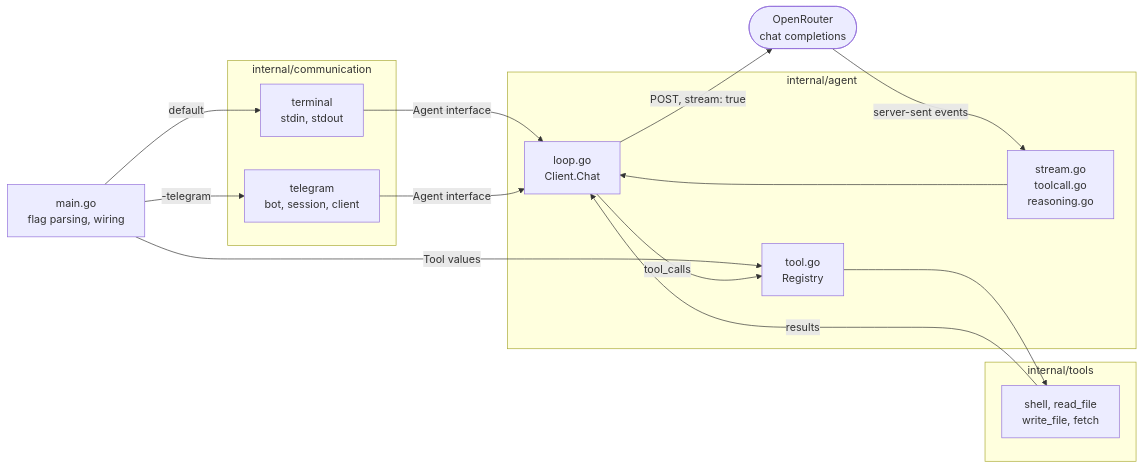
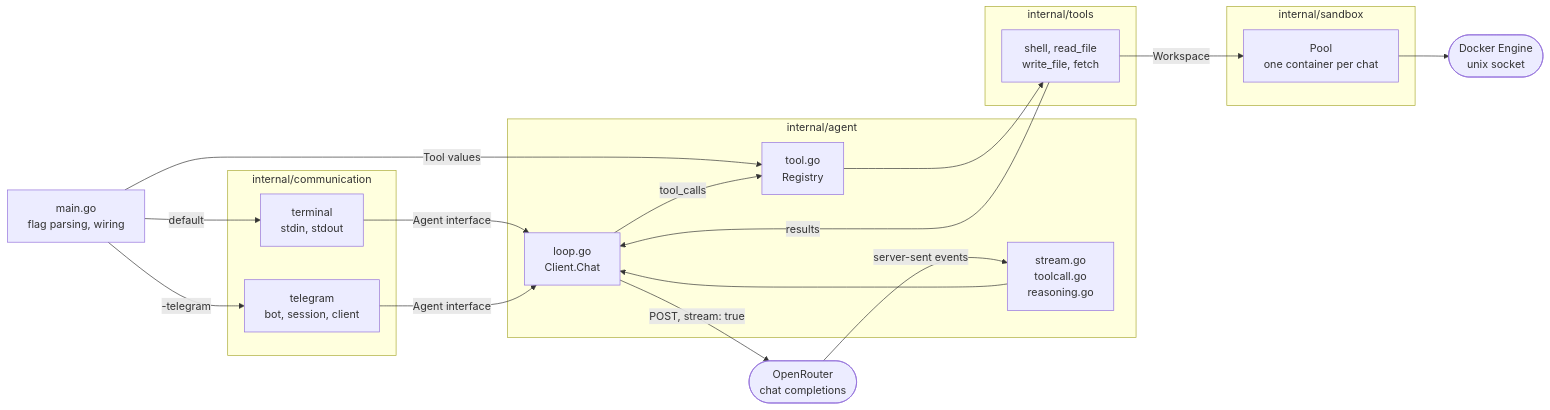
One commit to skryvets/my-agent changed the first of 2 diagrams in README.md. Above: the diagram before and after it, drawn with Mermaid. The commit also changed other lines of this file and 25 other files, not shown here.

````diff
--- a/README.md
+++ b/README.md
@@ -13,33 +14,40 @@
 ```mermaid
 flowchart LR
     main["main.go<br/>flag parsing, wiring"]
 
     subgraph comm ["internal/communication"]
         term["terminal<br/>stdin, stdout"]
         tg["telegram<br/>bot, session, client"]
     end
 
     subgraph core ["internal/agent"]
         chat["loop.go<br/>Client.Chat"]
         reg["tool.go<br/>Registry"]
         sse["stream.go<br/>toolcall.go<br/>reasoning.go"]
     end
 
     subgraph kit ["internal/tools"]
         sh["shell, read_file<br/>write_file, fetch"]
     end
 
+    subgraph box ["internal/sandbox"]
+        pool["Pool<br/>one container per chat"]
+    end
+
     api(["OpenRouter<br/>chat completions"])
+    dock(["Docker Engine<br/>unix socket"])
 
     main -->|default| term
     main -->|"-telegram"| tg
     main -->|Tool values| reg
     term -->|Agent interface| chat
     tg -->|Agent interface| chat
     chat -->|"POST, stream: true"| api
     api -->|server-sent events| sse
     sse --> chat
     chat -->|tool_calls| reg
     reg --> sh
+    sh -->|Workspace| pool
+    pool --> dock
     sh -->|results| chat
 ```
````
